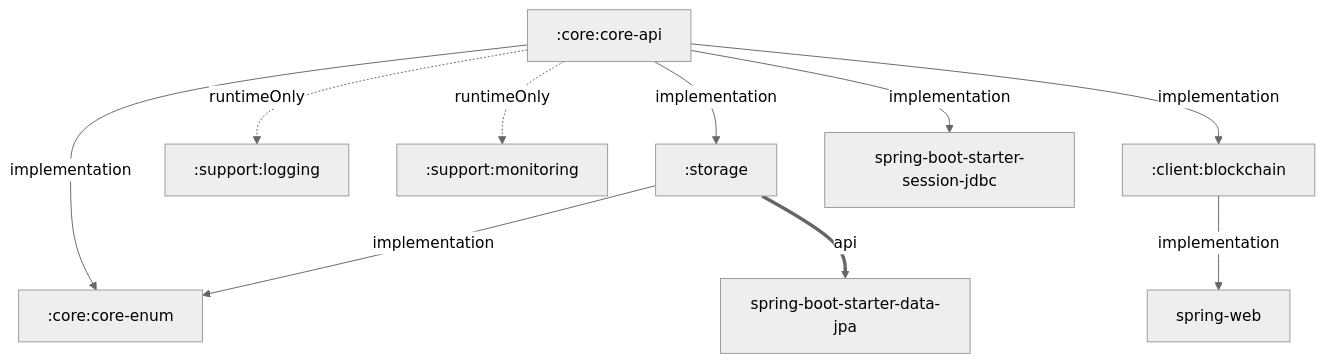
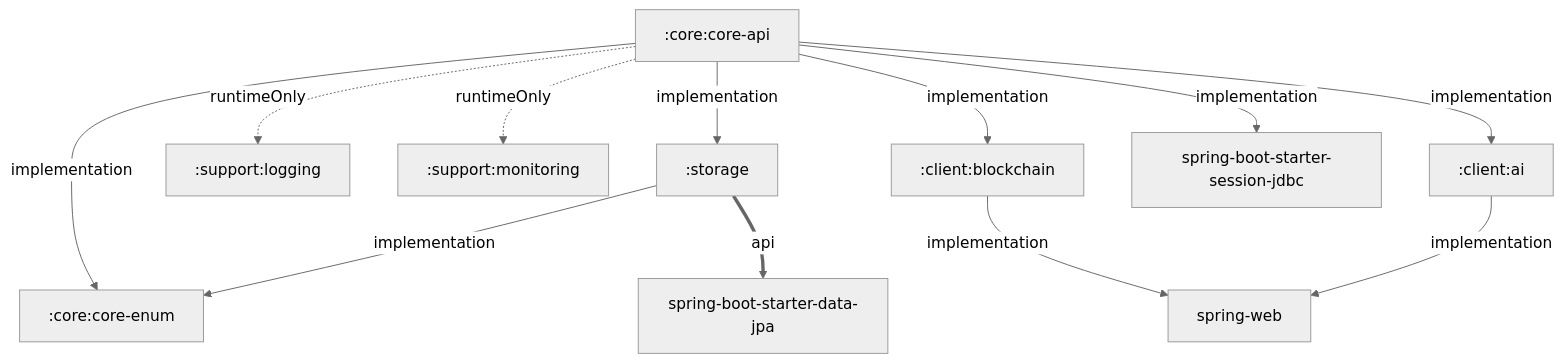
The diagram in backend/ai-block-clock/docs/MODULES.md (Team-ABC-Al-Block-Clock/Ai-Block-Clock), drawn with Mermaid (neutral theme) before and after one commit. The commit also changed other lines of this file and 19 other files, not shown here.

````diff
--- a/backend/ai-block-clock/docs/MODULES.md
+++ b/backend/ai-block-clock/docs/MODULES.md
@@ -73,22 +75,25 @@
 ```mermaid
 graph TD
     api[":core:core-api"]
     enums[":core:core-enum"]
     storage[":storage"]
     logging[":support:logging"]
     monitoring[":support:monitoring"]
     blockchain[":client:blockchain"]
+    ai[":client:ai"]
     jpa["spring-boot-starter-data-jpa"]
     session["spring-boot-starter-session-jdbc"]
     web["spring-web"]
 
     api -->|implementation| storage
     api -->|implementation| enums
     api -->|implementation| session
     api -->|implementation| blockchain
+    api -->|implementation| ai
     api -.->|runtimeOnly| logging
     api -.->|runtimeOnly| monitoring
     storage -->|implementation| enums
     storage ==>|api| jpa
     blockchain -->|implementation| web
+    ai -->|implementation| web
 ```
````
